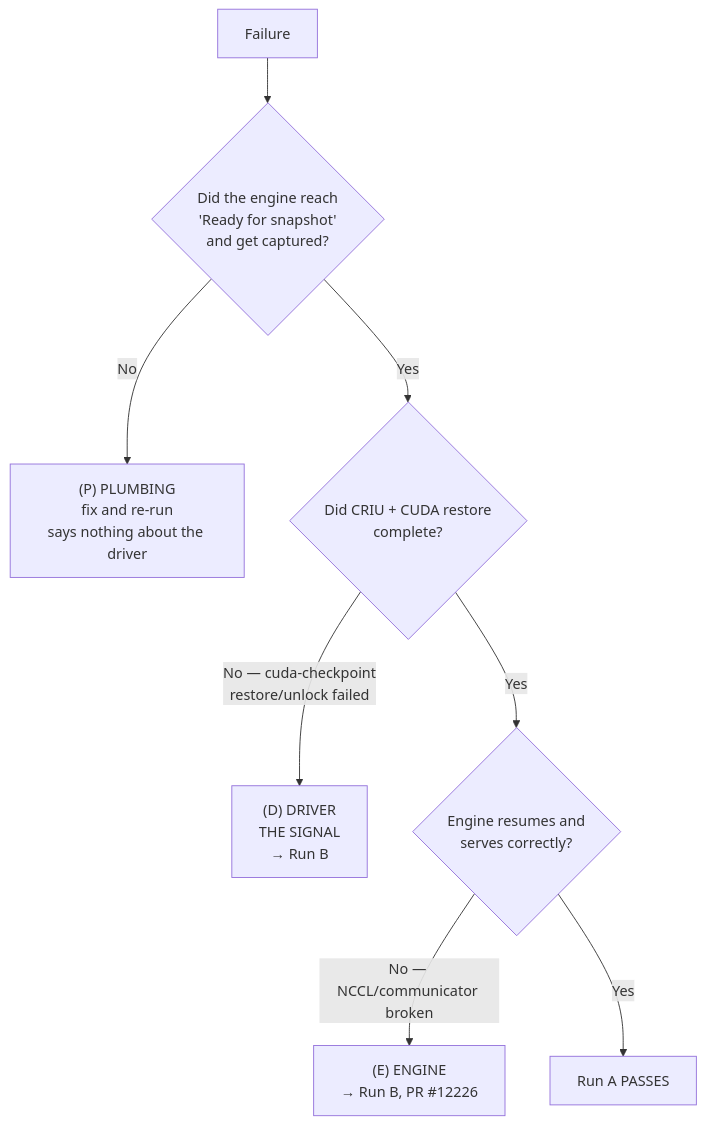
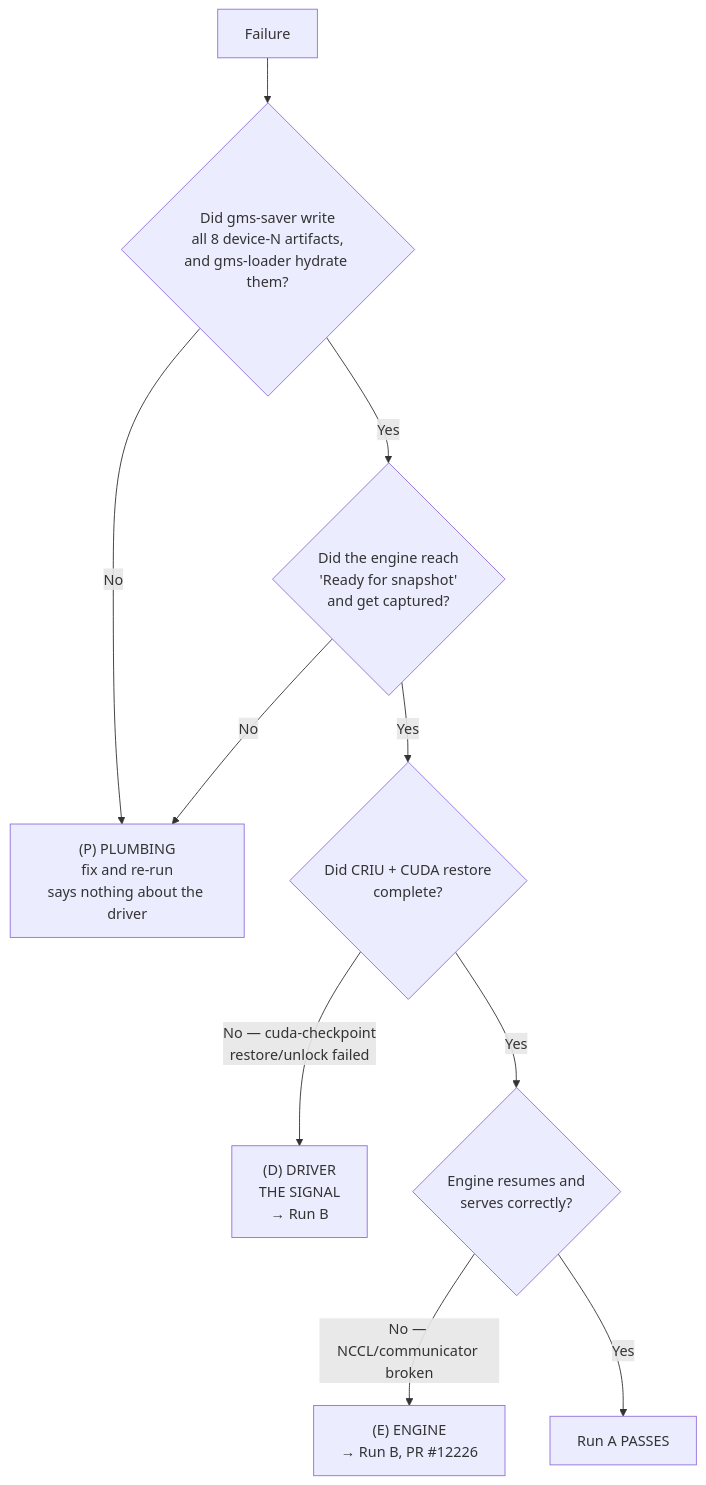
Before and after one commit to ai-dynamo/dynamo: the second of 2 diagrams in tests/manual/gms-v1-glm52/README.md, drawn with Mermaid. The commit also changed other lines of this file and 6 other files, not shown here.

First line of the commit message:
test(gms): rework Run A manifests for the V1 per-device saver/loader

````diff
--- a/tests/manual/gms-v1-glm52/README.md
+++ b/tests/manual/gms-v1-glm52/README.md
@@ -220,10 +385,12 @@
 ```mermaid
 flowchart TD
-    F[Failure] --> Q1{Did the engine reach<br/>'Ready for snapshot'<br/>and get captured?}
+    F[Failure] --> Q0{Did gms-saver write<br/>all 8 device-N artifacts,<br/>and gms-loader hydrate them?}
+    Q0 -->|No| P
+    Q0 -->|Yes| Q1{Did the engine reach<br/>'Ready for snapshot'<br/>and get captured?}
     Q1 -->|No| P["(P) PLUMBING<br/>fix and re-run<br/>says nothing about the driver"]
     Q1 -->|Yes| Q2{Did CRIU + CUDA restore<br/>complete?}
     Q2 -->|"No — cuda-checkpoint<br/>restore/unlock failed"| D["(D) DRIVER<br/>THE SIGNAL<br/>→ Run B"]
     Q2 -->|Yes| Q3{Engine resumes and<br/>serves correctly?}
     Q3 -->|"No — NCCL/communicator broken"| E["(E) ENGINE<br/>→ Run B, PR #12226"]
     Q3 -->|Yes| PASS[Run A PASSES]
 ```
````
